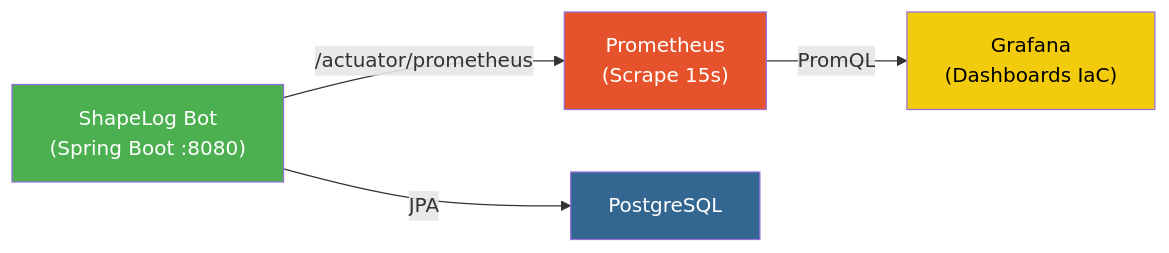
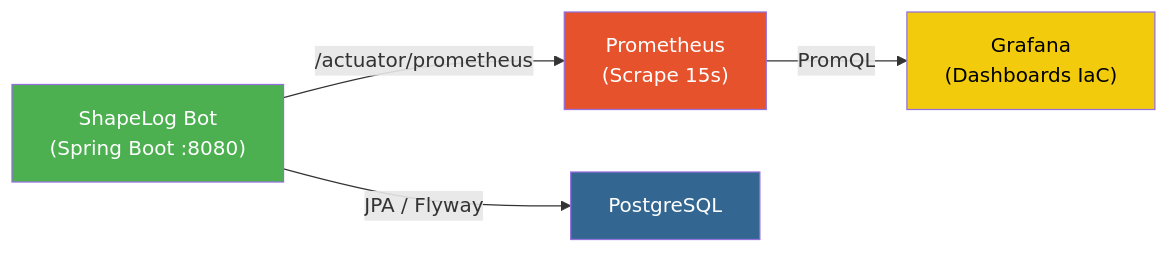
One commit to Savio-Marques/ShapeLog.ai changed the first of 2 diagrams in README.md. Above: the diagram before and after it, drawn with Mermaid. The commit also changed other lines of this file and 7 other files, not shown here.

````diff
--- a/README.md
+++ b/README.md
@@ -54,11 +53,11 @@
 ```mermaid
 graph LR
     A["ShapeLog Bot<br/>(Spring Boot :8080)"] -- "/actuator/prometheus" --> B["Prometheus<br/>(Scrape 15s)"]
     B -- "PromQL" --> C["Grafana<br/>(Dashboards IaC)"]
-    A -- "JPA" --> D["PostgreSQL"]
+    A -- "JPA / Flyway" --> D["PostgreSQL"]
     
     style A fill:#4CAF50,color:#fff
     style B fill:#E6522C,color:#fff
     style C fill:#F2CC0C,color:#000
     style D fill:#336791,color:#fff
 ```
````
